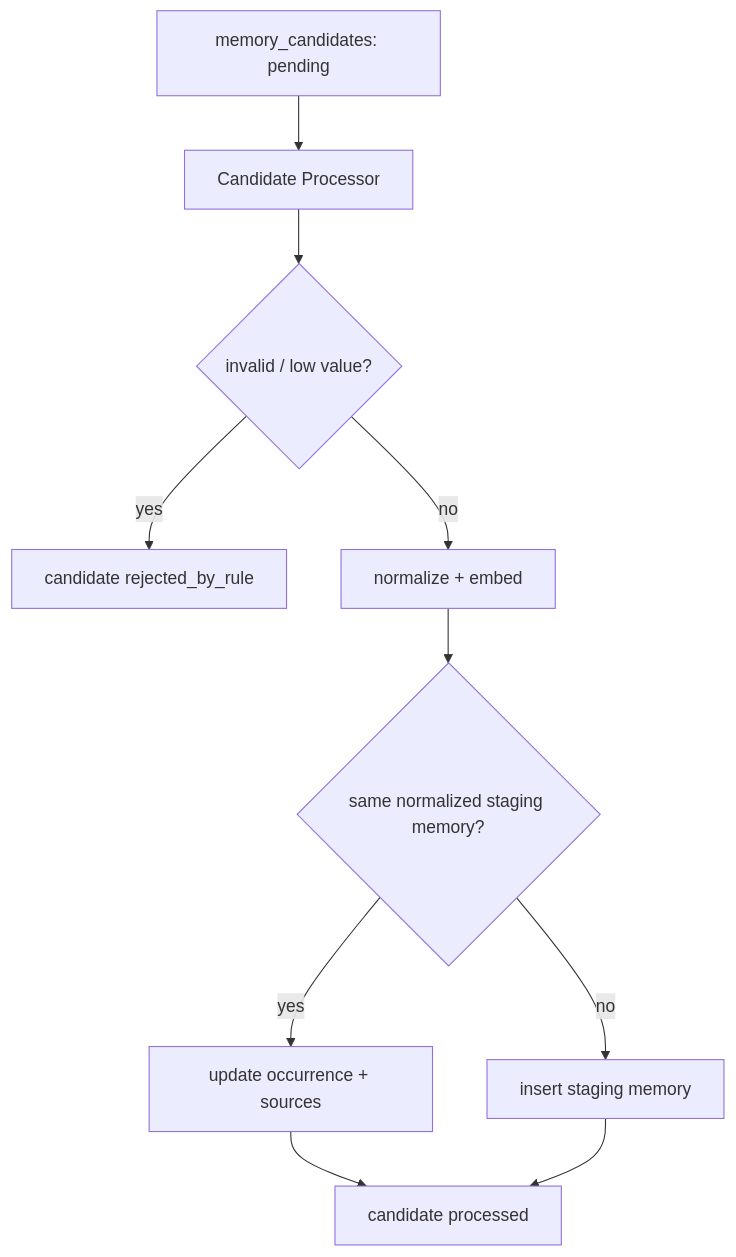
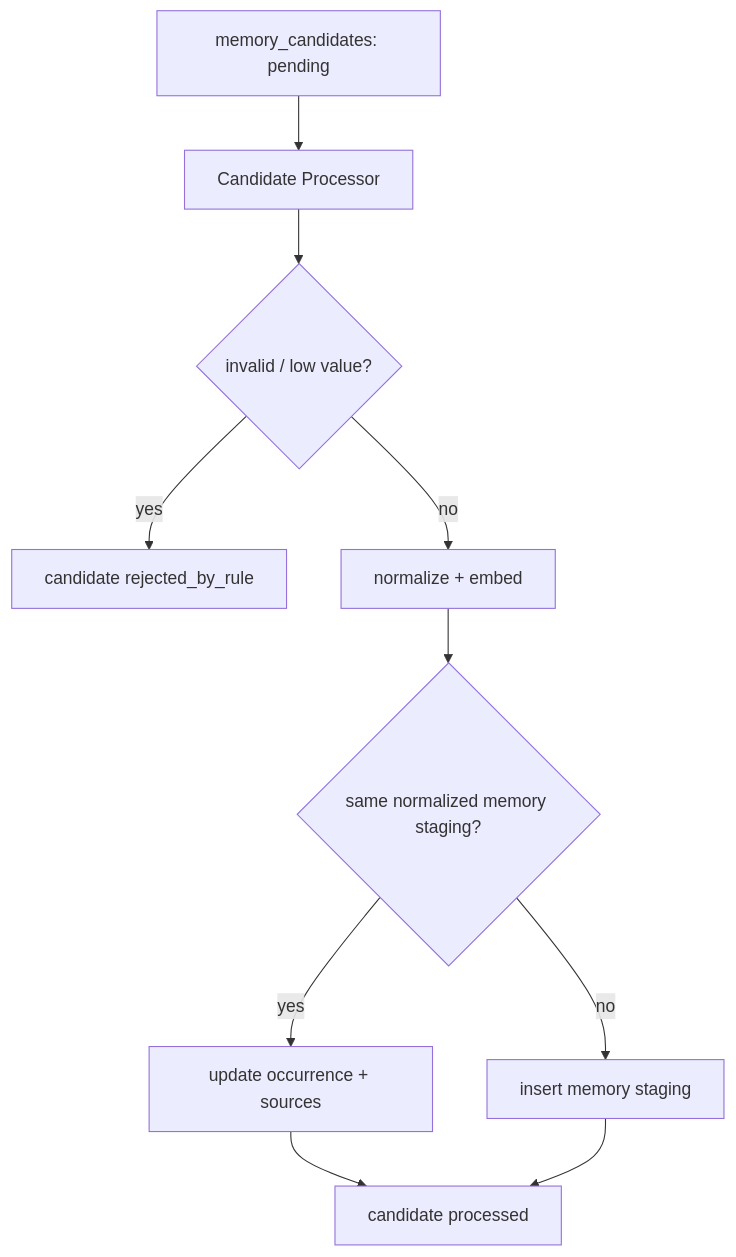
The second of 3 diagrams in docs/plans/memory-layered-refactor.zh-CN.md (cong-jing/ss.ai), drawn with Mermaid before and after one commit. The commit also changed other lines of this file and 3 other files, not shown here.

````diff
--- a/docs/plans/memory-layered-refactor.zh-CN.md
+++ b/docs/plans/memory-layered-refactor.zh-CN.md
@@ -238,12 +240,12 @@
 ```mermaid
 flowchart TD
     A[memory_candidates: pending] --> B[Candidate Processor]
     B --> C{invalid / low value?}
     C -- yes --> D[candidate rejected_by_rule]
     C -- no --> E[normalize + embed]
-    E --> F{same normalized staging memory?}
+    E --> F{same normalized memory staging?}
     F -- yes --> G[update occurrence + sources]
-    F -- no --> H[insert staging memory]
+    F -- no --> H[insert memory staging]
     G --> I[candidate processed]
     H --> I
 ```
````
